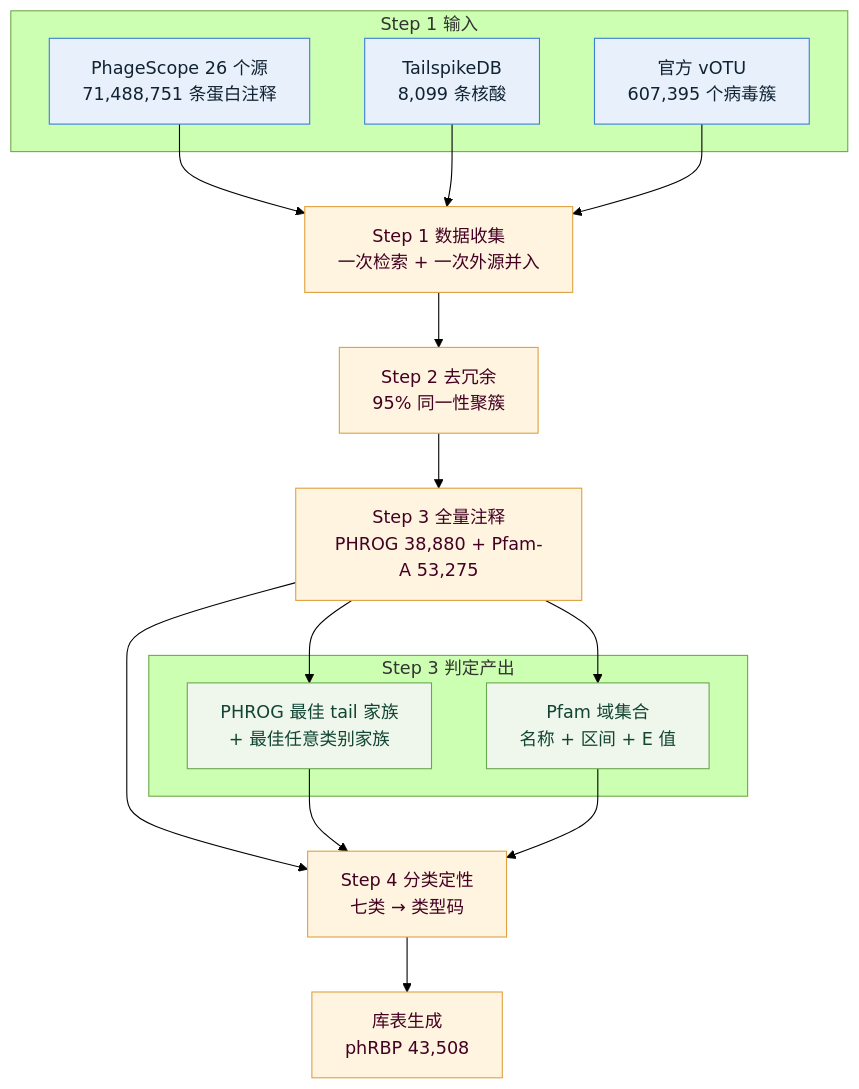
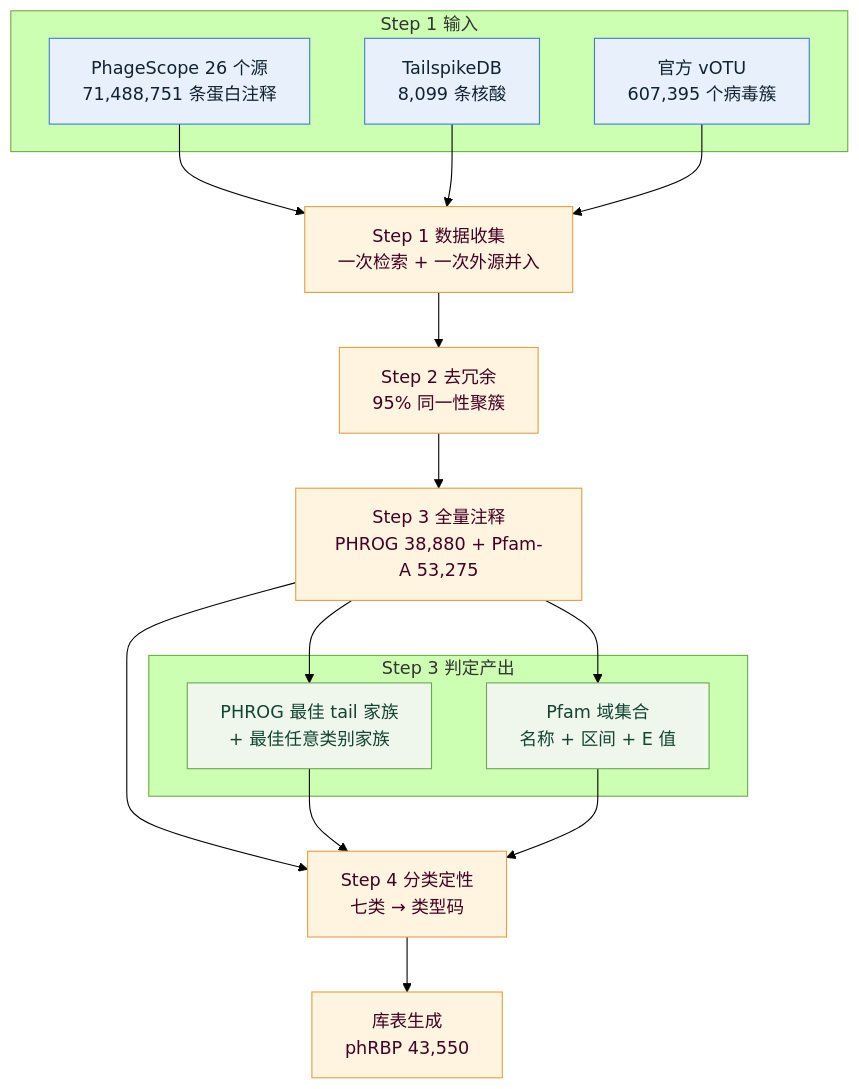
The diagram in README.md (George-nsn/Ph_RBPdb), drawn with Mermaid (forest theme) before and after one commit. The commit also changed other lines of this file and 3 other files, not shown here.

````diff
--- a/README.md
+++ b/README.md
@@ -50,32 +53,32 @@
 ```mermaid
 flowchart TD
     A["Step 1 数据收集<br/>一次检索 + 一次外源并入"] --> B["Step 2 去冗余<br/>95% 同一性聚簇"]
     B --> C["Step 3 全量注释<br/>PHROG 38,880 + Pfam-A 53,275"]
     C --> D["Step 4 分类定性<br/>七类 → 类型码"]
-    D --> E["库表生成<br/>phRBP 43,508"]
+    D --> E["库表生成<br/>phRBP 43,550"]
 
     subgraph S1["Step 1 输入"]
         A1["PhageScope 26 个源<br/>71,488,751 条蛋白注释"]
         A2["TailspikeDB<br/>8,099 条核酸"]
         A3["官方 vOTU<br/>607,395 个病毒簇"]
     end
     A1 --> A
     A2 --> A
     A3 --> A
 
     subgraph S3["Step 3 判定产出"]
         C1["PHROG 最佳 tail 家族<br/>+ 最佳任意类别家族"]
         C2["Pfam 域集合<br/>名称 + 区间 + E 值"]
     end
     C --> C1
     C --> C2
     C1 --> D
     C2 --> D
 
     classDef io fill:#E8F1FB,stroke:#3B7DD8,color:#123
     classDef step fill:#FFF4E0,stroke:#E0A040,color:#402
     classDef aux fill:#EFF7EC,stroke:#6AA84F,color:#143
     class A1,A2,A3 io
     class A,B,C,D,E step
     class C1,C2 aux
 ```
````
